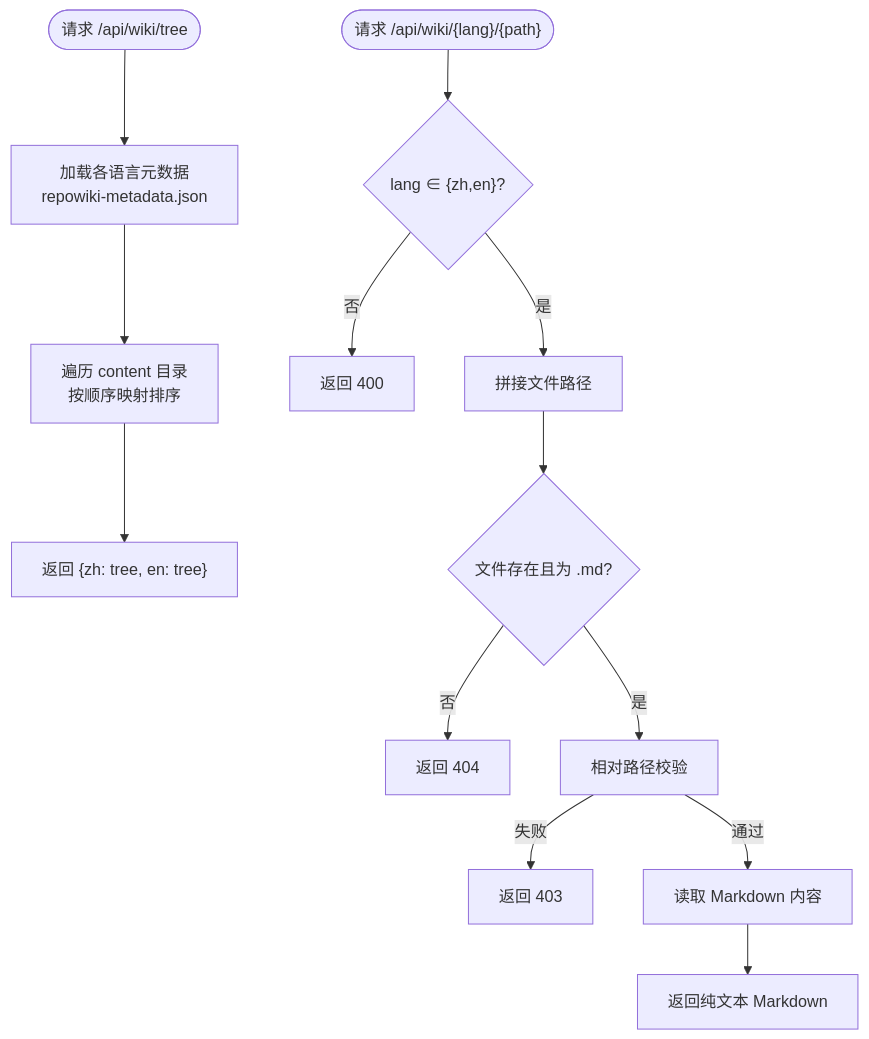
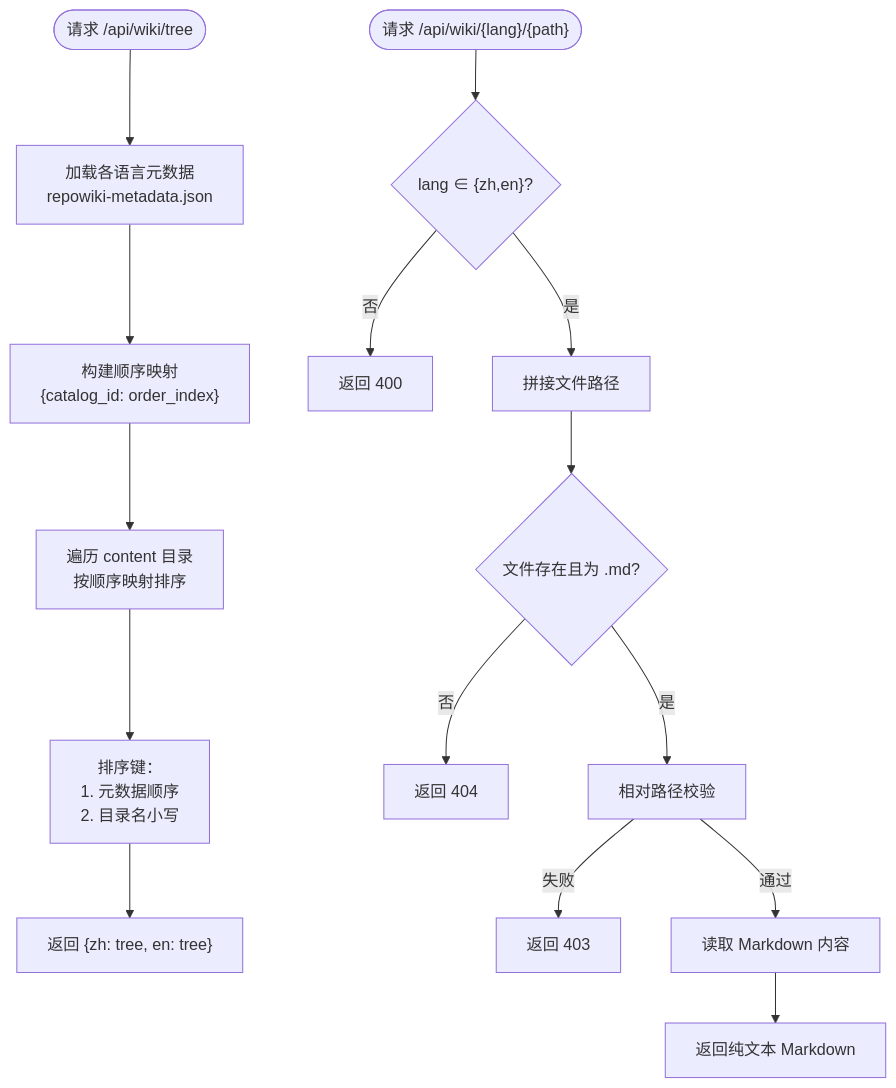
The sixth of 7 diagrams in repowiki/zh/content/API 接口文档/维基系统 API.md (YU-JI-KUI/ark-agentic), drawn with Mermaid before and after one commit. The commit also changed other lines of this file and 23 other files, not shown here.

````diff
--- a/repowiki/zh/content/API 接口文档/维基系统 API.md
+++ b/repowiki/zh/content/API 接口文档/维基系统 API.md
@@ -277,15 +286,17 @@
 ```mermaid
 flowchart TD
 Start(["请求 /api/wiki/tree"]) --> LoadMeta["加载各语言元数据<br/>repowiki-metadata.json"]
-LoadMeta --> BuildTree["遍历 content 目录<br/>按顺序映射排序"]
-BuildTree --> ReturnTree["返回 {zh: tree, en: tree}"]
+LoadMeta --> BuildOrderMap["构建顺序映射<br/>{catalog_id: order_index}"]
+BuildOrderMap --> TraverseContent["遍历 content 目录<br/>按顺序映射排序"]
+TraverseContent --> SortItems["排序键：<br/>1. 元数据顺序<br/>2. 目录名小写"]
+SortItems --> ReturnTree["返回 {zh: tree, en: tree}"]
 PageStart(["请求 /api/wiki/{lang}/{path}"]) --> ValidateLang{"lang ∈ {zh,en}?"}
 ValidateLang --> |否| Err400["返回 400"]
 ValidateLang --> |是| ResolvePath["拼接文件路径"]
 ResolvePath --> CheckFile{"文件存在且为 .md?"}
 CheckFile --> |否| Err404["返回 404"]
 CheckFile --> |是| SafetyCheck["相对路径校验"]
 SafetyCheck --> |失败| Err403["返回 403"]
 SafetyCheck --> |通过| ReadMD["读取 Markdown 内容"]
 ReadMD --> ReturnMD["返回纯文本 Markdown"]
 ```
````
